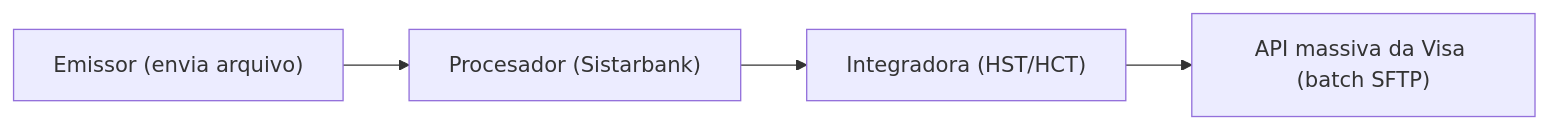
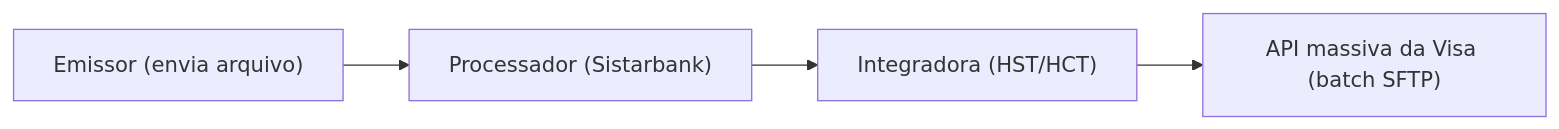
Before and after one commit to brunosilvamedeiros269/visa-portal-hub-3-platforms: the diagram in vault-visa/Conocimiento/Técnico/Click to Pay — SRC, enrolamento e ciclo de vida (aprofundamento).md, drawn with Mermaid. The commit also changed other lines of this file and 242 other files, not shown here.

````diff
--- a/vault-visa/Conocimiento/Técnico/Click to Pay — SRC, enrolamento e ciclo de vida (aprofundamento).md
+++ b/vault-visa/Conocimiento/Técnico/Click to Pay — SRC, enrolamento e ciclo de vida (aprofundamento).md
@@ -20,4 +20,4 @@
 ```mermaid
 flowchart LR
-  E["Emissor (envia arquivo)"] --> P["Procesador (Sistarbank)"] --> H["Integradora (HST/HCT)"] --> V["API massiva da Visa (batch SFTP)"]
+  E["Emissor (envia arquivo)"] --> P["Processador (Sistarbank)"] --> H["Integradora (HST/HCT)"] --> V["API massiva da Visa (batch SFTP)"]
 ```
````
